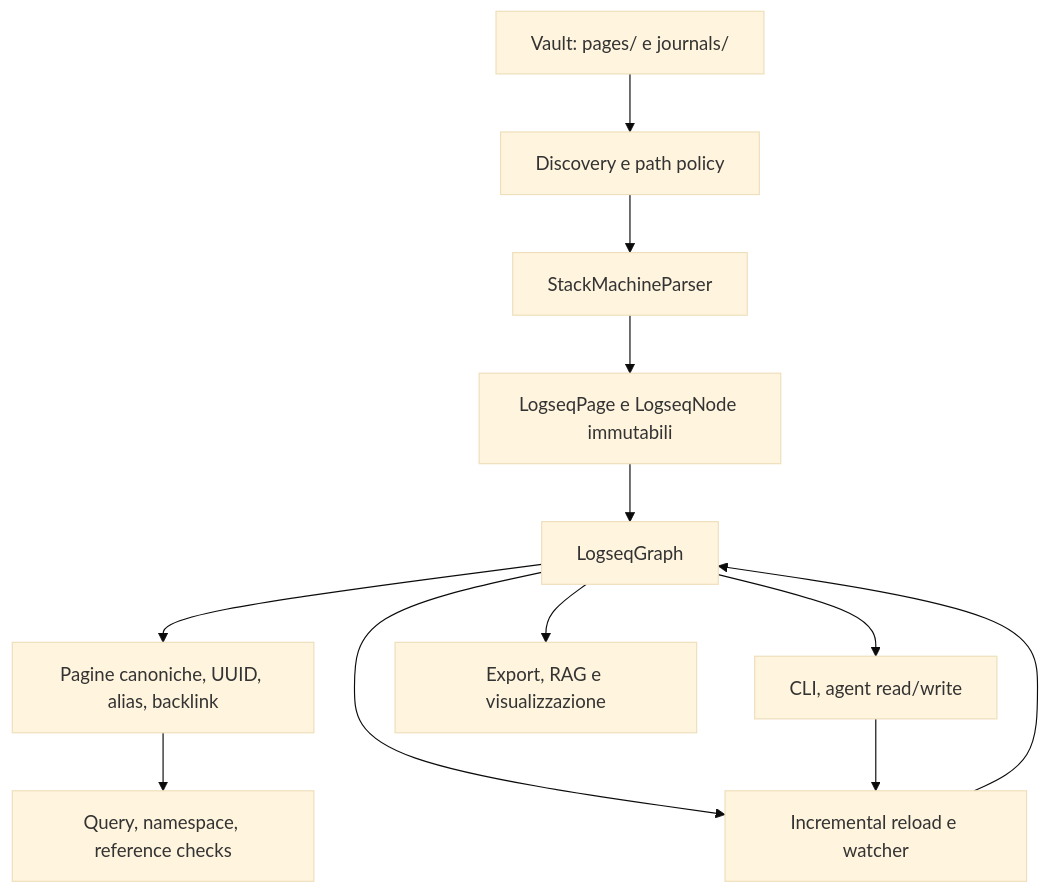
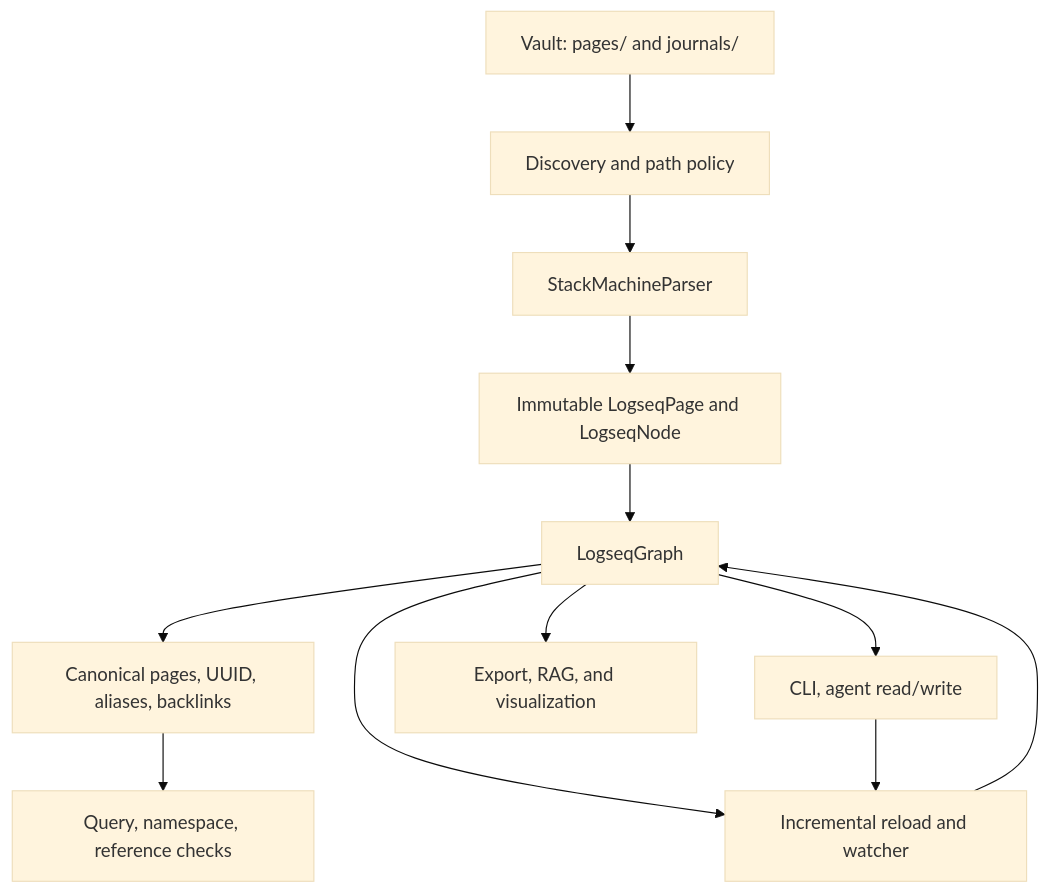
Before and after one commit to MarcoPorcellato/logseq-matryca-parser: the diagram in docs/REPOSITORY_STELLAR_ROADMAP_2026-08-06.md, drawn with Mermaid (base theme). The commit also changed other lines of this file and 27 other files, not shown here.

````diff
--- a/docs/REPOSITORY_STELLAR_ROADMAP_2026-08-06.md
+++ b/docs/REPOSITORY_STELLAR_ROADMAP_2026-08-06.md
@@ -151,14 +155,14 @@
 ```mermaid
 flowchart TD
-    V["Vault: pages/ e journals/"] --> D["Discovery e path policy"]
+    V["Vault: pages/ and journals/"] --> D["Discovery and path policy"]
     D --> P["StackMachineParser"]
-    P --> AST["LogseqPage e LogseqNode immutabili"]
+    P --> AST["Immutable LogseqPage and LogseqNode"]
     AST --> G["LogseqGraph"]
-    G --> IDX["Pagine canoniche, UUID, alias, backlink"]
+    G --> IDX["Canonical pages, UUID, aliases, backlinks"]
     IDX --> Q["Query, namespace, reference checks"]
-    G --> W["Incremental reload e watcher"]
+    G --> W["Incremental reload and watcher"]
     G --> A["CLI, agent read/write"]
-    G --> E["Export, RAG e visualizzazione"]
+    G --> E["Export, RAG, and visualization"]
     W --> G
     A --> W
 ```
````
